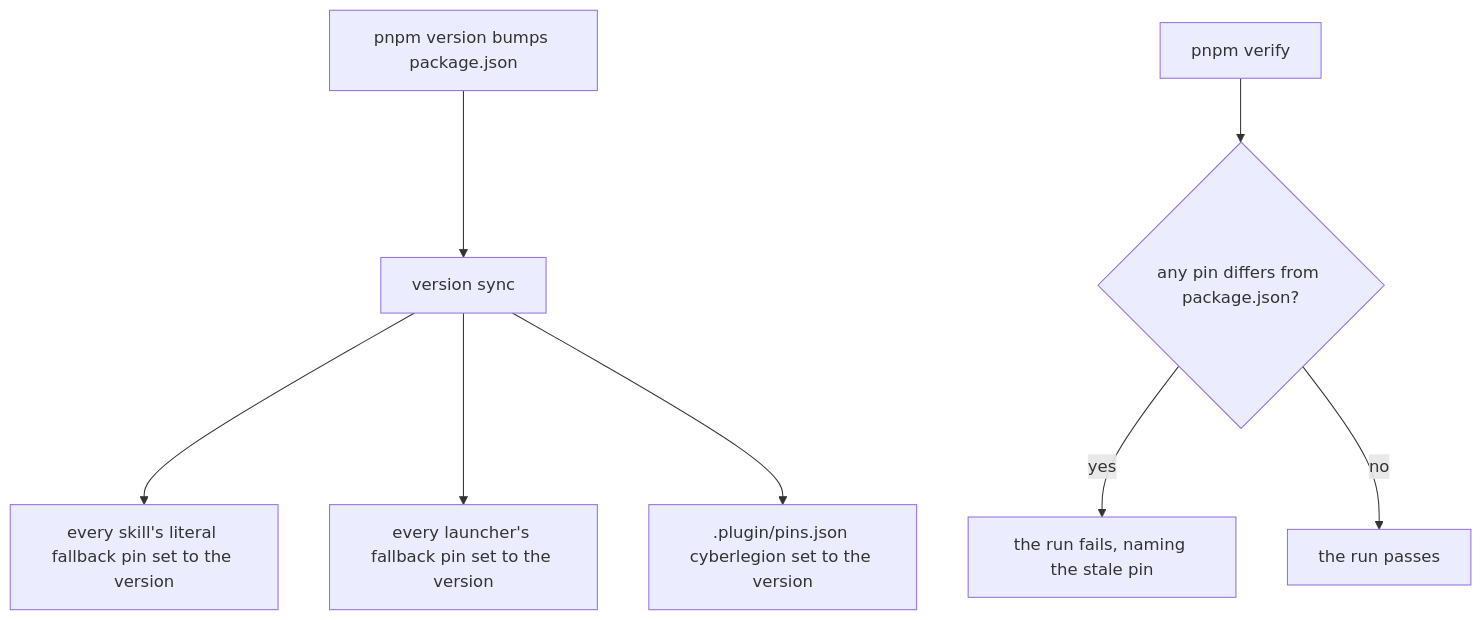
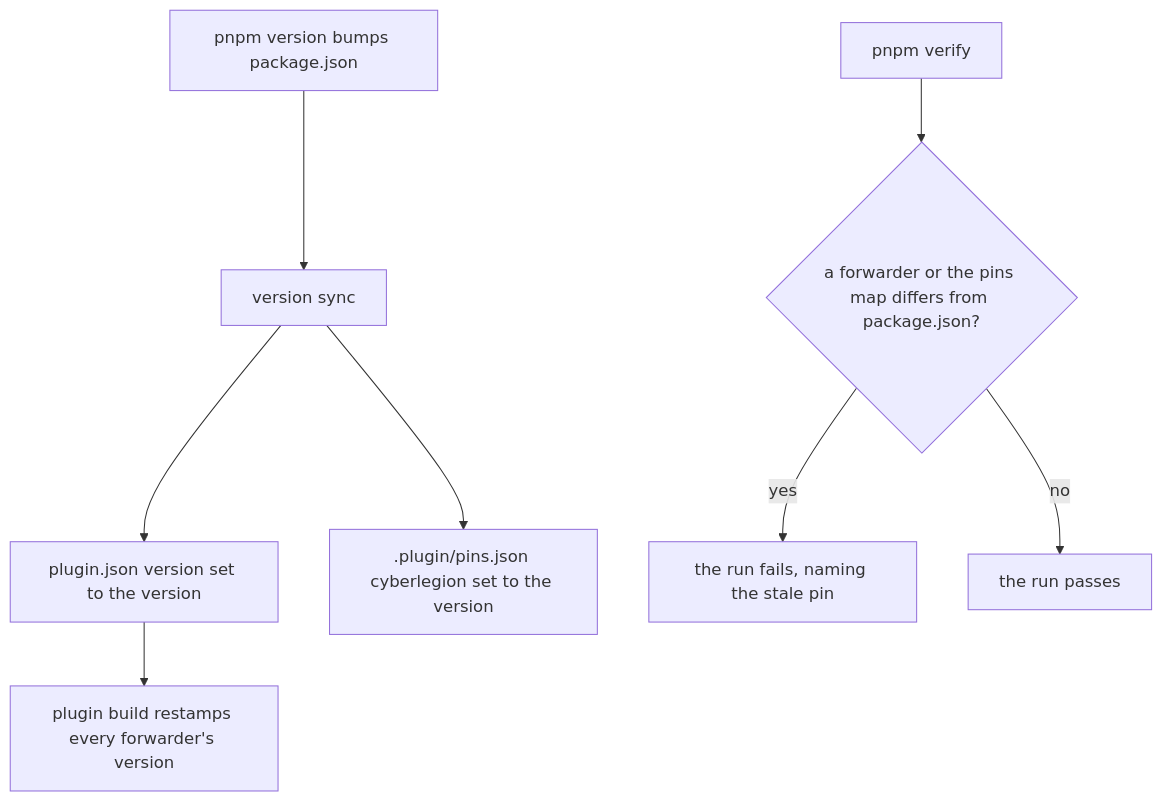
Before and after one commit to cyberuni/cyberlegion: the third of 3 diagrams in .agents/specs/cyberlegion-plugin/cli-launcher/README.md, drawn with Mermaid. The commit also changed other lines of this file and 3 other files, not shown here.

First line of the commit message:
docs(spec): revise cli-launcher to the forwarder model

````diff
--- a/.agents/specs/cyberlegion-plugin/cli-launcher/README.md
+++ b/.agents/specs/cyberlegion-plugin/cli-launcher/README.md
@@ -135,10 +133,10 @@
 ```mermaid
 graph TD
   BUMP[pnpm version bumps package.json] --> SYNC[version sync]
-  SYNC --> SKILLPINS[every skill's literal fallback pin set to the version]
-  SYNC --> LAUNCHPINS[every launcher's fallback pin set to the version]
+  SYNC --> MANIFEST[plugin.json version set to the version]
   SYNC --> MAP[.plugin/pins.json cyberlegion set to the version]
-  VERIFY[pnpm verify] --> STALE{any pin differs from package.json?}
+  MANIFEST --> BUILD[plugin build restamps every forwarder's version]
+  VERIFY[pnpm verify] --> STALE{a forwarder or the pins map differs from package.json?}
   STALE -->|yes| FAIL[the run fails, naming the stale pin]
   STALE -->|no| PASS[the run passes]
 ```
````
